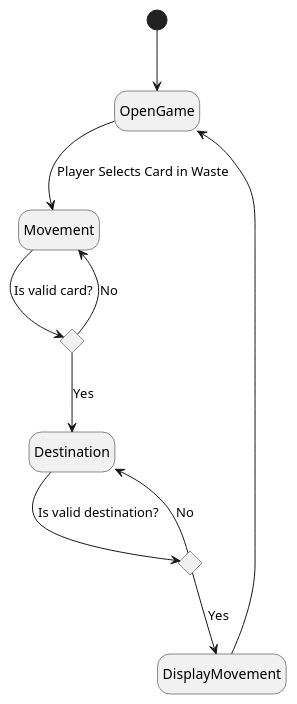
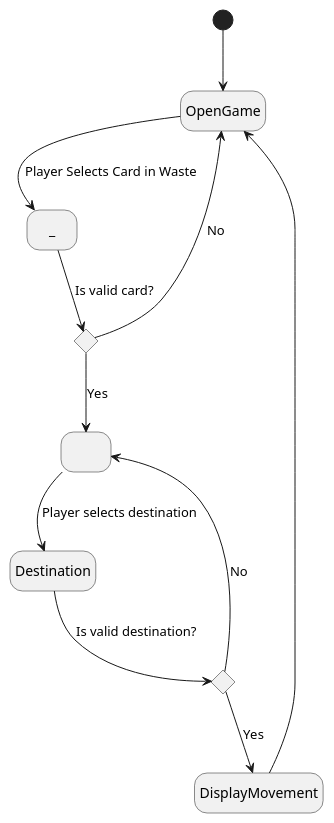
Before and after one commit to Troteaga/klondike: the sixth of 15 diagrams in docs/UseCases.plantuml, drawn with PlantUML. The commit also changed other lines of this file, not shown here.

```diff
--- a/docs/UseCases.plantuml
+++ b/docs/UseCases.plantuml
@@ -70,14 +72,15 @@
 @startuml States Player Moves Card From Waste to Tableau
 hide empty description
 [*] --> OpenGame
-OpenGame --> Movement : Player Selects Card in Waste
+OpenGame -down-> _ : Player Selects Card in Waste
 state choice <<choice>>
-Movement --> choice : Is valid card?
-choice --> Movement : No
-choice --> Destination : Yes
+_ --> choice : Is valid card?
+choice --> OpenGame : No
+choice --> .:  Yes
+. --> Destination : Player selects destination
 state choice1 <<choice>>
 Destination --> choice1 : Is valid destination?
 choice1 --> DisplayMovement : Yes
-choice1 --> Destination : No
-DisplayMovement --> OpenGame
+choice1 --> . : No
+DisplayMovement -up-> OpenGame
 @enduml
```
